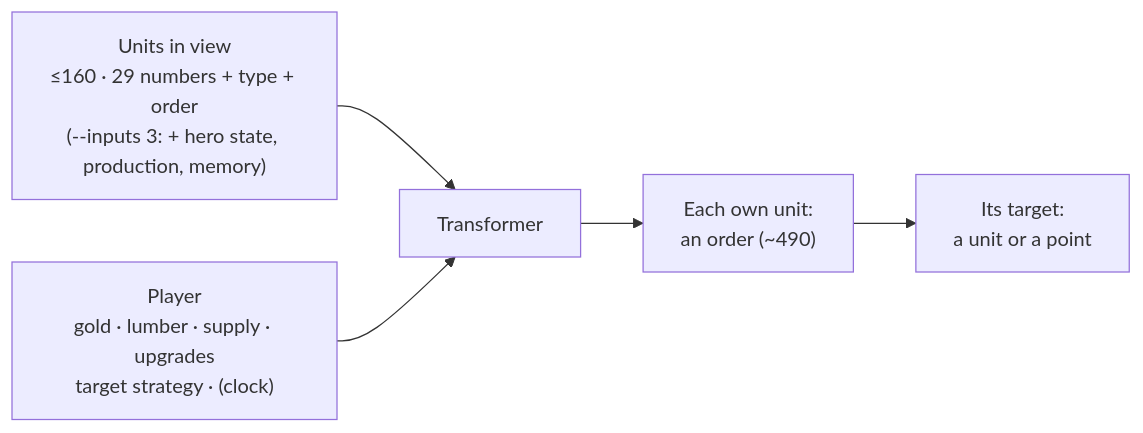
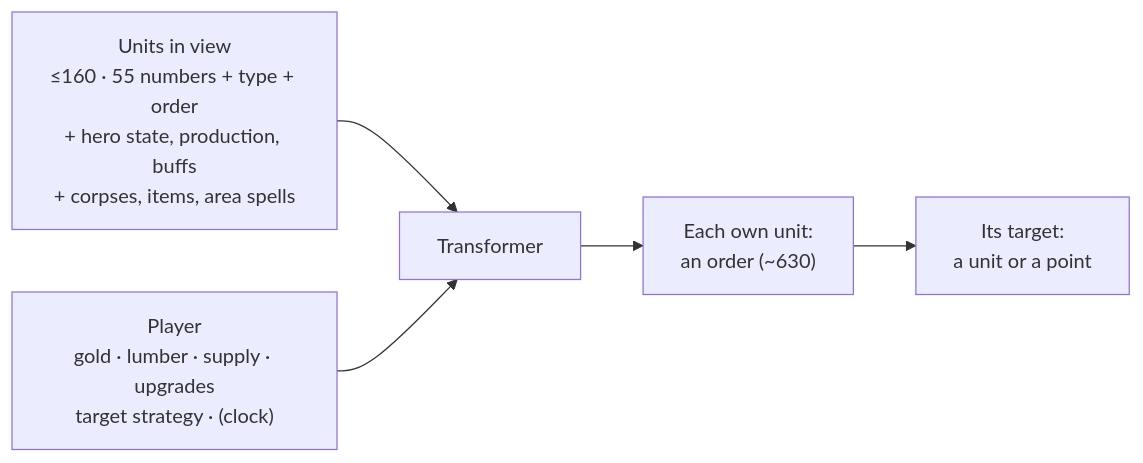
Before and after one commit to RobinKa/warcraftsim: the second of 2 diagrams in docs/environments.md, drawn with Mermaid. The commit also changed other lines of this file and 7 other files, not shown here.

````diff
--- a/docs/environments.md
+++ b/docs/environments.md
@@ -49,7 +51,7 @@
 ```mermaid
 flowchart LR
-  U["Units in view<br/>≤160 · 29 numbers + type + order<br/>(--inputs 3: + hero state, production, memory)"] --> N["Transformer"]
+  U["Units in view<br/>≤160 · 55 numbers + type + order<br/>+ hero state, production, buffs<br/>+ corpses, items, area spells"] --> N["Transformer"]
   P["Player<br/>gold · lumber · supply · upgrades<br/>target strategy · (clock)"] --> N
-  N --> O["Each own unit:<br/>an order (~490)"]
+  N --> O["Each own unit:<br/>an order (~630)"]
   O --> X["Its target:<br/>a unit or a point"]
 ```
````
